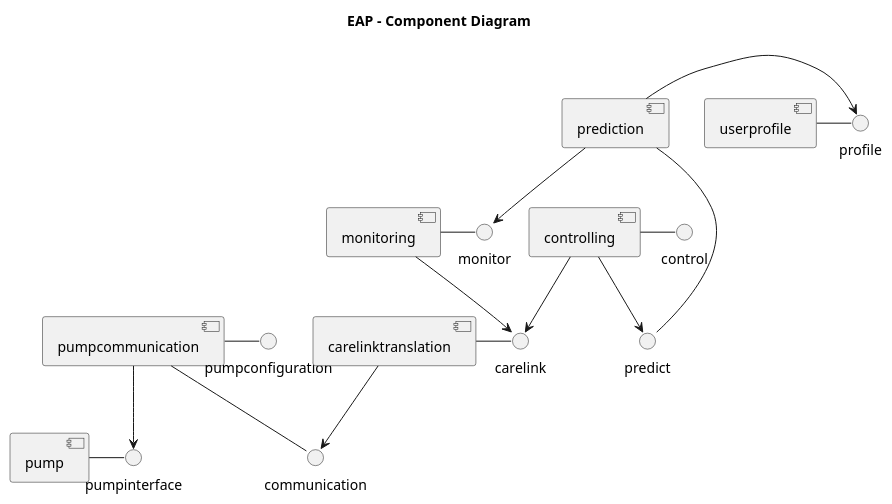
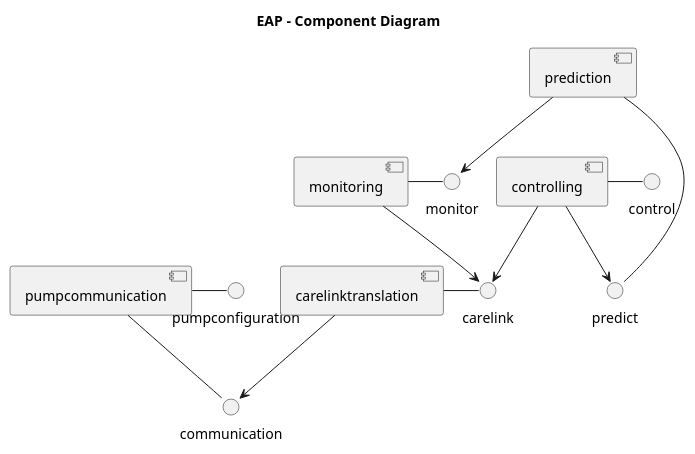
The diagram in doc/component-diagram.puml (Nightscou2018/EAP), drawn with PlantUML before and after one commit. The commit also changed 2 other files, not shown here.

Commit message:
class diagrams for pump and carelink components

```diff
--- a/doc/component-diagram.puml
+++ b/doc/component-diagram.puml
@@ -1,24 +1,19 @@
 @startuml
 
 title EAP - Component Diagram
 
-[pump] - pumpinterface 
 [pumpcommunication] -- communication
 [pumpcommunication] - pumpconfiguration
 [carelinktranslation] - carelink
-[userprofile] - profile
 [monitoring] - monitor
 [prediction] - predict
 [controlling] - control
 
-[pumpcommunication] --> pumpinterface
 [carelinktranslation] --> communication
 [monitoring] --> carelink
 [prediction] --> monitor
 [controlling] --> predict
 [controlling] --> carelink
-[prediction] -> profile
-
 
 
 @enduml
```
